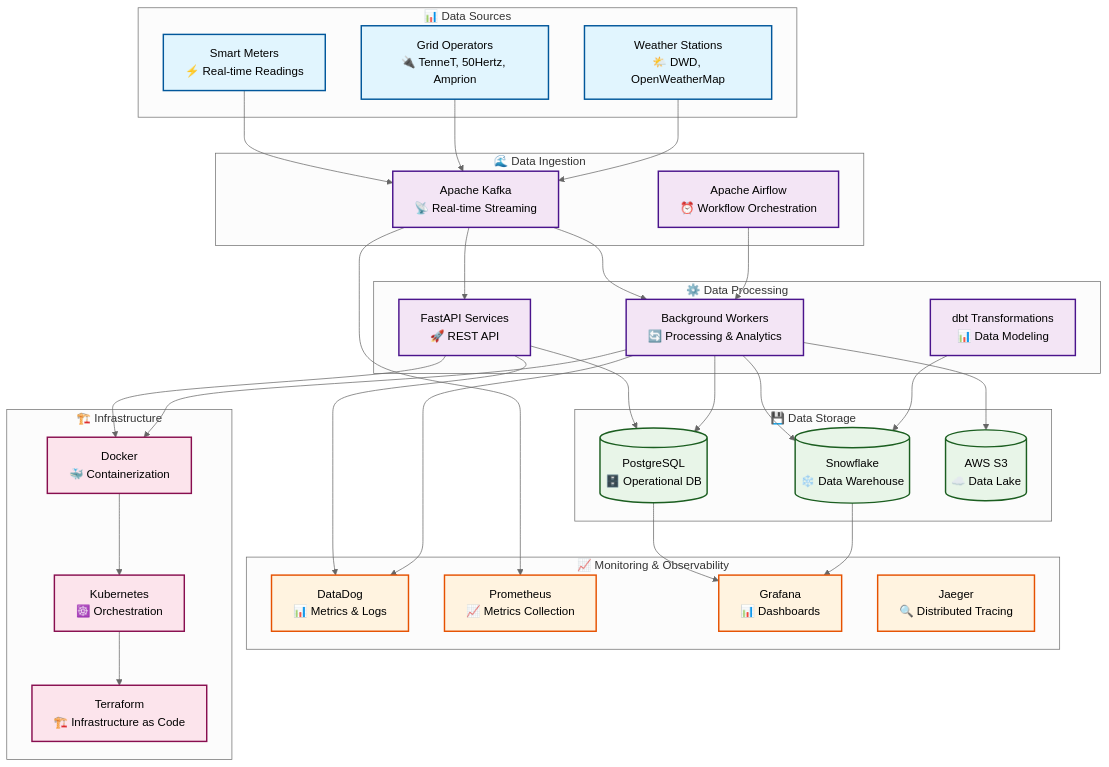
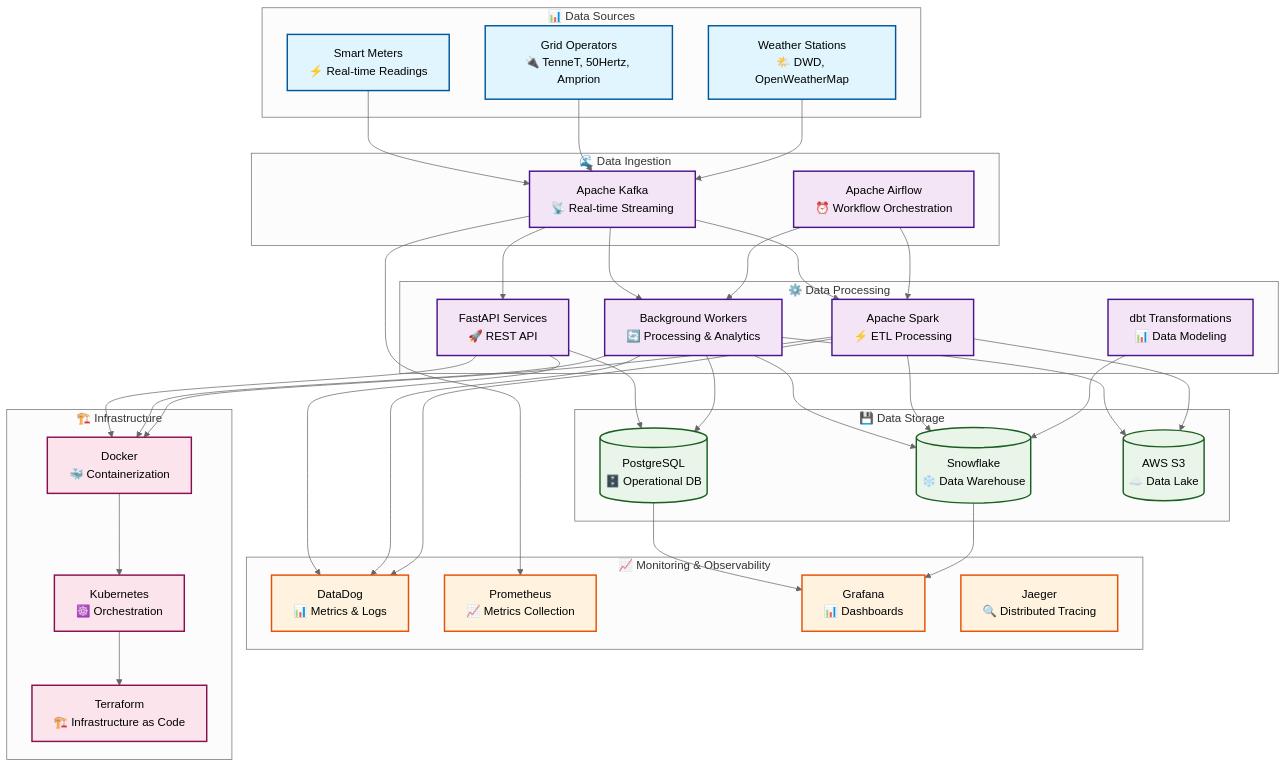
The diagram in README.md (kanhaiya-gupta/DataEngineering-metrify-smart-metering), drawn with Mermaid (neutral theme) before and after one commit. The commit also changed other lines of this file and 27 other files, not shown here.

```diff
--- a/README.md
+++ b/README.md
@@ -27,6 +27,7 @@
     subgraph "⚙️ Data Processing"
         API[FastAPI Services<br/>🚀 REST API]
         WORKERS[Background Workers<br/>🔄 Processing & Analytics]
+        SPARK[Apache Spark<br/>⚡ ETL Processing]
         DBT[dbt Transformations<br/>📊 Data Modeling]
     end
 
@@ -59,18 +60,23 @@
     
     KAFKA --> API
     KAFKA --> WORKERS
+    KAFKA --> SPARK
     AIRFLOW --> WORKERS
+    AIRFLOW --> SPARK
     
     API --> POSTGRES
     WORKERS --> POSTGRES
     WORKERS --> SNOWFLAKE
     WORKERS --> S3
+    SPARK --> S3
+    SPARK --> SNOWFLAKE
     
     DBT --> SNOWFLAKE
     
     %% Monitoring connections
     API --> DATADOG
     WORKERS --> DATADOG
+    SPARK --> DATADOG
     KAFKA --> PROMETHEUS
     POSTGRES --> GRAFANA
     SNOWFLAKE --> GRAFANA
@@ -78,6 +84,7 @@
     %% Infrastructure connections
     API --> DOCKER
     WORKERS --> DOCKER
+    SPARK --> DOCKER
     DOCKER --> K8S
     K8S --> TERRAFORM
 
@@ -89,7 +96,7 @@
     classDef infrastructure fill:#fce4ec,stroke:#880e4f,stroke-width:2px
 
     class SM,GO,WS dataSource
-    class KAFKA,AIRFLOW,API,WORKERS,DBT processing
+    class KAFKA,AIRFLOW,API,WORKERS,SPARK,DBT processing
     class POSTGRES,SNOWFLAKE,S3 storage
     class DATADOG,PROMETHEUS,GRAFANA,JAEGER monitoring
     class DOCKER,K8S,TERRAFORM infrastructure
```
